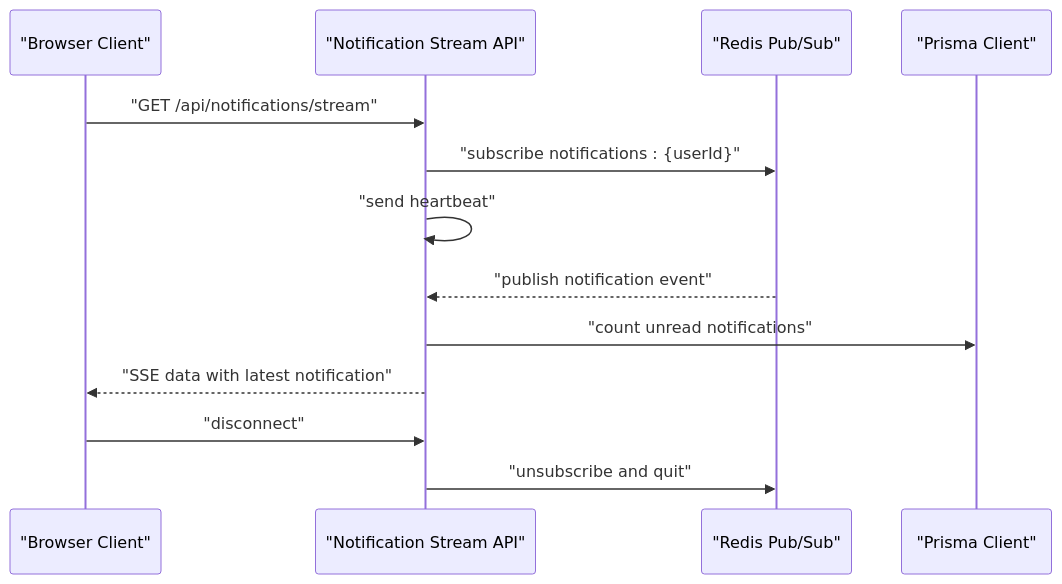
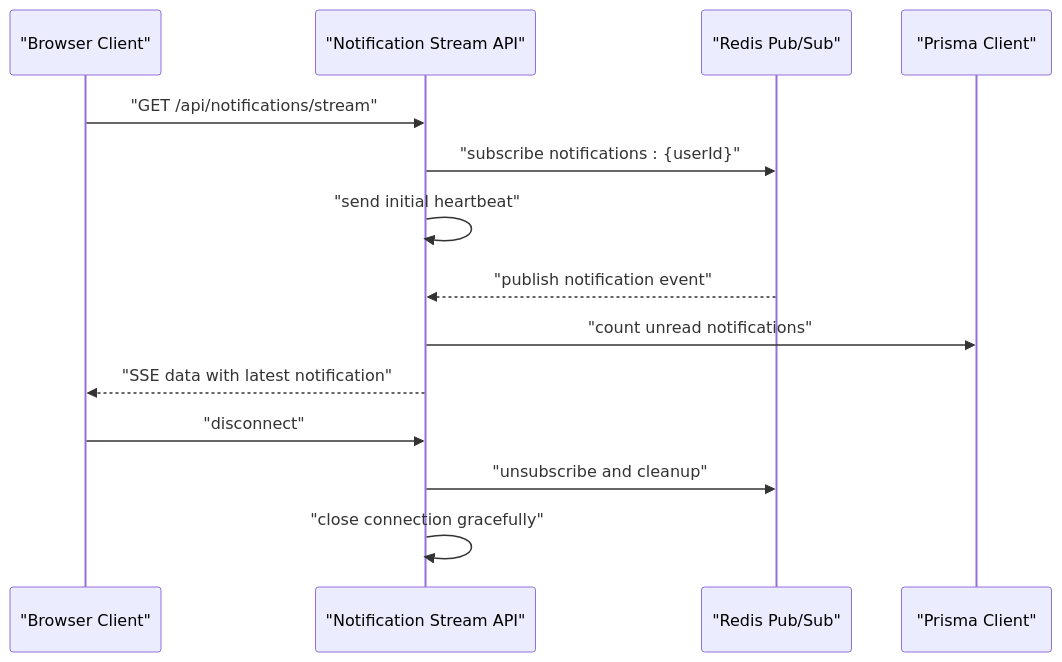
Diagram 11 of 16 in .qoder/repowiki/en/content/Database Design/Database Design.md (jrj444/git-daily), drawn with Mermaid before and after one commit. The commit also changed other lines of this file and 6 other files, not shown here.

````diff
--- a/.qoder/repowiki/en/content/Database Design/Database Design.md
+++ b/.qoder/repowiki/en/content/Database Design/Database Design.md
@@ -597,15 +603,16 @@
 ```mermaid
 sequenceDiagram
 participant Client as "Browser Client"
 participant SSE as "Notification Stream API"
 participant Redis as "Redis Pub/Sub"
 participant Prisma as "Prisma Client"
 Client->>SSE : "GET /api/notifications/stream"
 SSE->>Redis : "subscribe notifications : {userId}"
-SSE->>SSE : "send heartbeat"
+SSE->>SSE : "send initial heartbeat"
 Redis-->>SSE : "publish notification event"
 SSE->>Prisma : "count unread notifications"
 SSE-->>Client : "SSE data with latest notification"
 Client->>SSE : "disconnect"
-SSE->>Redis : "unsubscribe and quit"
+SSE->>Redis : "unsubscribe and cleanup"
+SSE->>SSE : "close connection gracefully"
 ```
````
